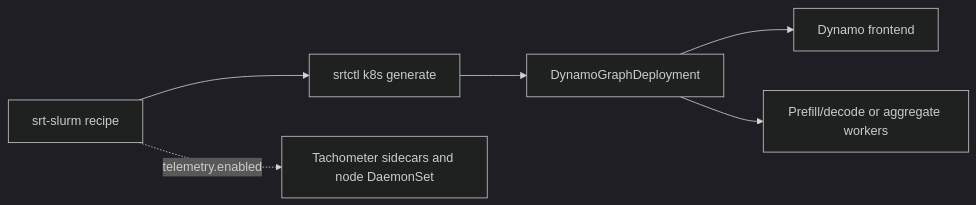
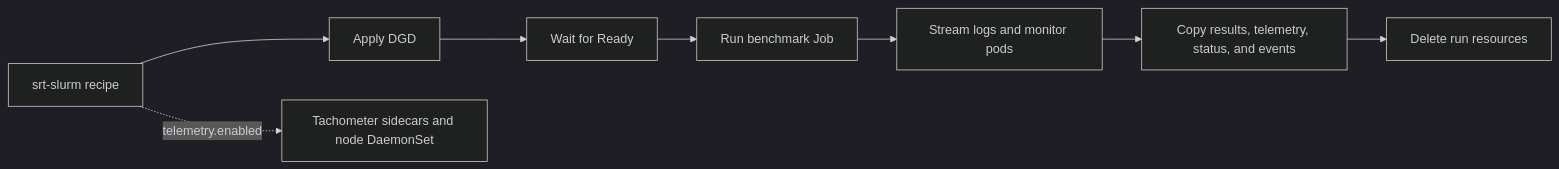
The diagram in docs/kubernetes.md (NVIDIA/srt-slurm), drawn with Mermaid (dark theme) before and after one commit. The commit also changed other lines of this file and 8 other files, not shown here.

````diff
--- a/docs/kubernetes.md
+++ b/docs/kubernetes.md
@@ -9,8 +9,10 @@
 ```mermaid
 flowchart LR
-    A["srt-slurm recipe"] --> B["srtctl k8s generate"]
-    B --> C["DynamoGraphDeployment"]
-    C --> D["Dynamo frontend"]
-    C --> E["Prefill/decode or aggregate workers"]
-    A -. "telemetry.enabled" .-> F["Tachometer sidecars and node DaemonSet"]
+    A["srt-slurm recipe"] --> B["Apply DGD"]
+    B --> C["Wait for Ready"]
+    C --> D["Run benchmark Job"]
+    D --> E["Stream logs and monitor pods"]
+    E --> F["Copy results, telemetry, status, and events"]
+    F --> G["Delete run resources"]
+    A -. "telemetry.enabled" .-> H["Tachometer sidecars and node DaemonSet"]
 ```
````
